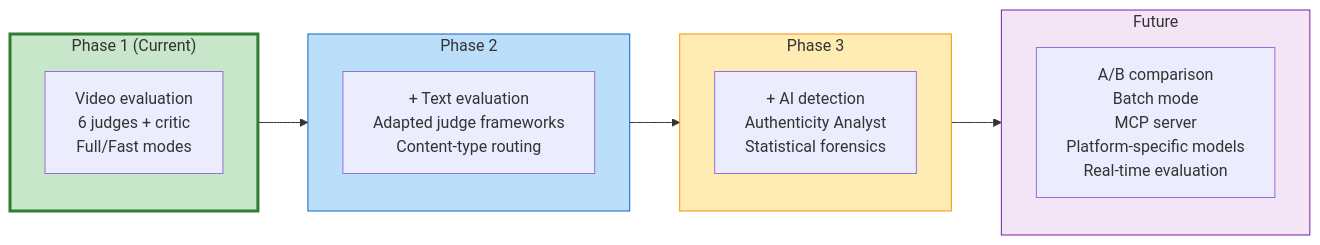
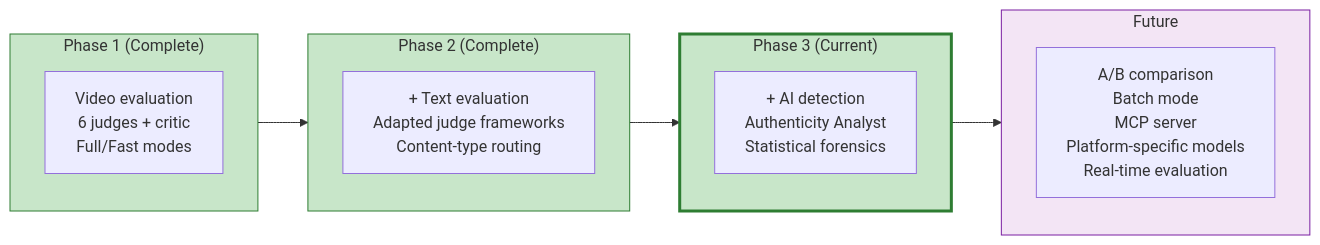
Diagram 13 of 13 in design/ARCHITECTURE.md (SacredWizard/themis), drawn with Mermaid before and after one commit. The commit also changed other lines of this file and 3 other files, not shown here.

````diff
--- a/design/ARCHITECTURE.md
+++ b/design/ARCHITECTURE.md
@@ -893,25 +924,25 @@
 ```mermaid
 graph LR
-    subgraph Current["Phase 1 (Current)"]
+    subgraph Phase1["Phase 1 (Complete)"]
         V1["Video evaluation<br/>6 judges + critic<br/>Full/Fast modes"]
     end
 
-    subgraph Phase2["Phase 2"]
+    subgraph Phase2["Phase 2 (Complete)"]
         V2["+ Text evaluation<br/>Adapted judge frameworks<br/>Content-type routing"]
     end
 
-    subgraph Phase3["Phase 3"]
+    subgraph Current["Phase 3 (Current)"]
         V3["+ AI detection<br/>Authenticity Analyst<br/>Statistical forensics"]
     end
 
     subgraph Beyond["Future"]
         V4["A/B comparison<br/>Batch mode<br/>MCP server<br/>Platform-specific models<br/>Real-time evaluation"]
     end
 
-    Current --> Phase2 --> Phase3 --> Beyond
+    Phase1 --> Phase2 --> Current --> Beyond
 
+    style Phase1 fill:#c8e6c9,stroke:#2E7D32
+    style Phase2 fill:#c8e6c9,stroke:#2E7D32
     style Current fill:#c8e6c9,stroke:#2E7D32,stroke-width:3px
-    style Phase2 fill:#bbdefb,stroke:#1565C0
-    style Phase3 fill:#ffecb3,stroke:#FF8F00
     style Beyond fill:#f3e5f5,stroke:#7B1FA2
 ```
````
